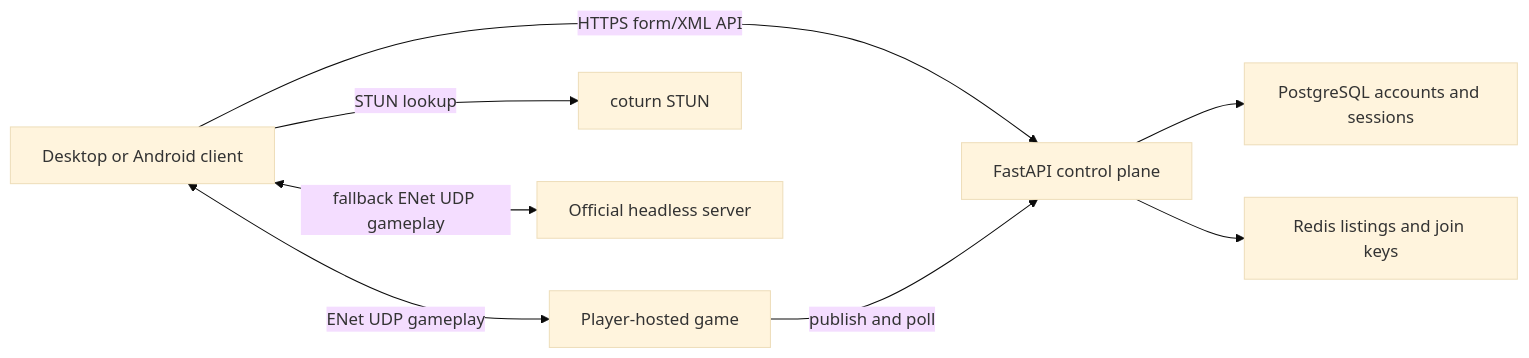
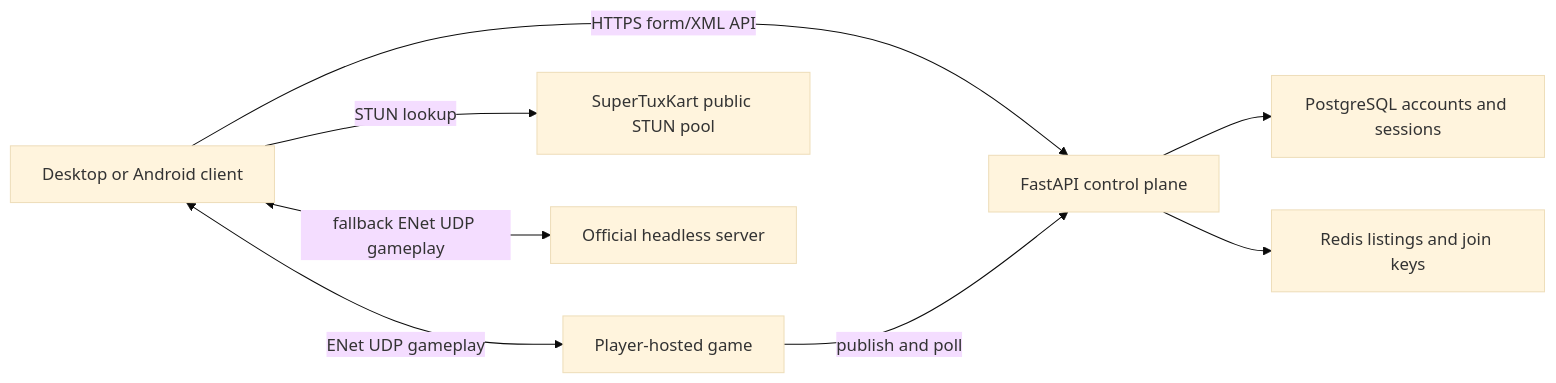
Before and after one commit to rchristie95/MinkowskiKart: the diagram in doc/ONLINE_INFRASTRUCTURE.md, drawn with Mermaid (base theme). The commit also changed other lines of this file and 15 other files, not shown here.

````diff
--- a/doc/ONLINE_INFRASTRUCTURE.md
+++ b/doc/ONLINE_INFRASTRUCTURE.md
@@ -10,10 +10,10 @@
 ```mermaid
 flowchart LR
     C["Desktop or Android client"] -->|"HTTPS form/XML API"| A["FastAPI control plane"]
     H["Player-hosted game"] -->|"publish and poll"| A
     A --> P["PostgreSQL accounts and sessions"]
     A --> R["Redis listings and join keys"]
-    C -->|"STUN lookup"| S["coturn STUN"]
+    C -->|"STUN lookup"| S["SuperTuxKart public STUN pool"]
     C <-->|"ENet UDP gameplay"| H
     C <-->|"fallback ENet UDP gameplay"| O["Official headless server"]
 ```
````
